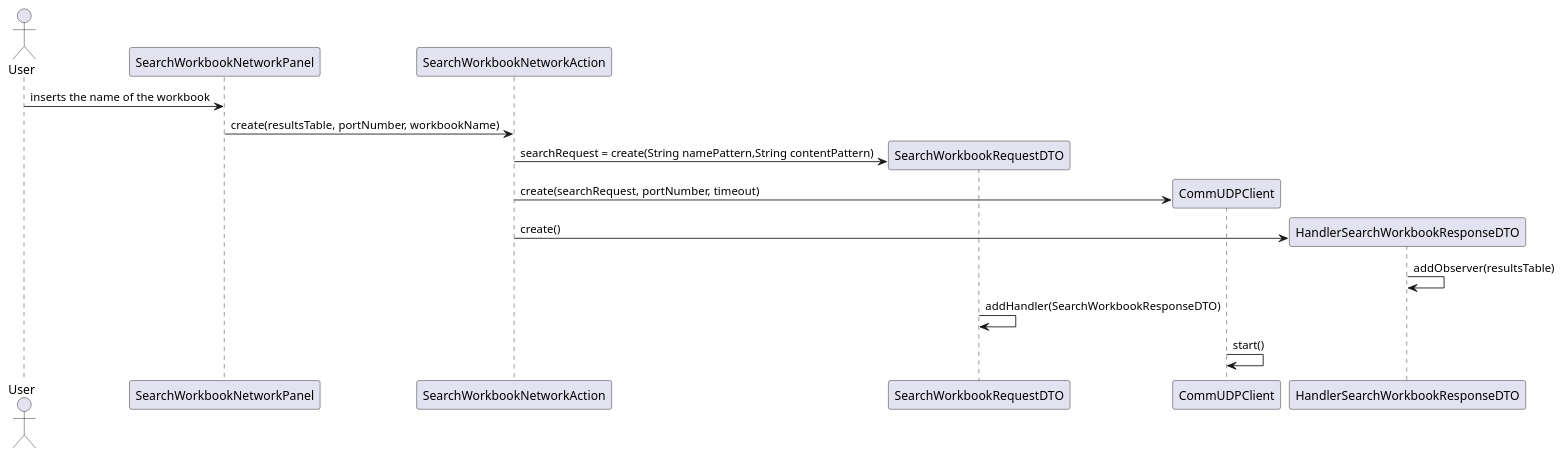
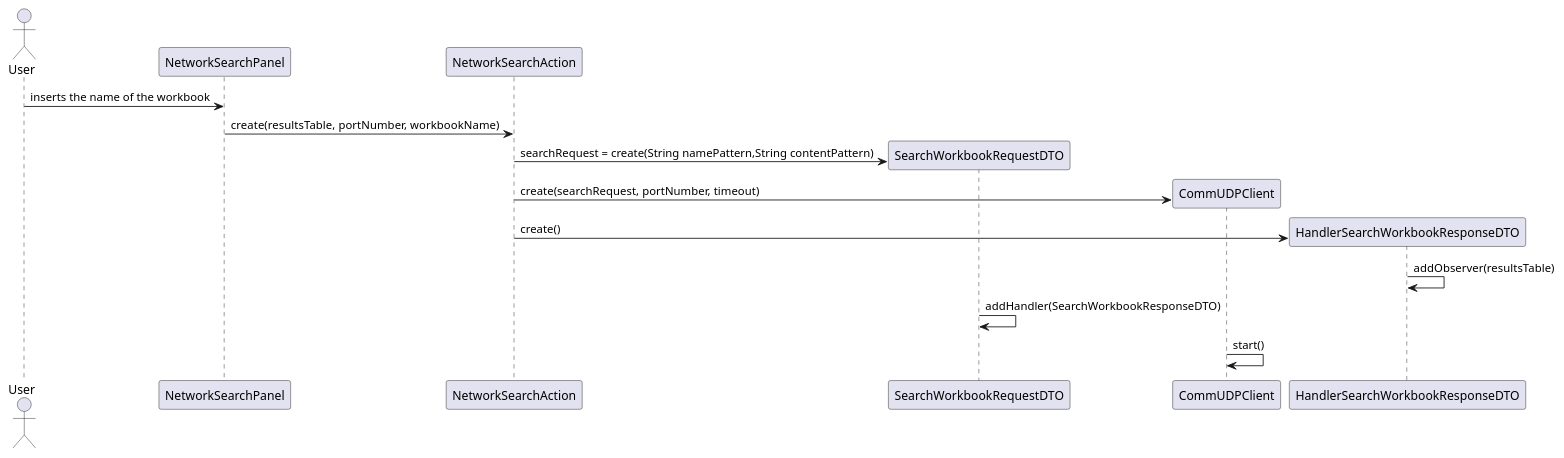
Before and after one commit to MikeTekOn/lapr4-2017-2dd: the diagram in src/main/java/lapr4/red/s3/ipc/n1150613/NetworkSearchByFile/ipc03_3_design1.puml, drawn with PlantUML. The commit also changed 1 other file, not shown here.

```diff
--- a/src/main/java/lapr4/red/s3/ipc/n1150613/NetworkSearchByFile/ipc03_3_design1.puml
+++ b/src/main/java/lapr4/red/s3/ipc/n1150613/NetworkSearchByFile/ipc03_3_design1.puml
@@ -1,24 +1,24 @@
 @startuml ipc03_2_design1.png
 skinparam packageStyle rect
 skinparam defaultFontName FG Virgil
 skinparam shadowing false
 
 actor User 
-participant "SearchWorkbookNetworkPanel" as panel
-participant "SearchWorkbookNetworkAction" as action
+participant "NetworkSearchPanel" as panel
+participant "NetworkSearchAction" as action
 participant "SearchWorkbookRequestDTO" as reqDTO
 participant "CommUDPClient" as udpClient
 participant "HandlerSearchWorkbookResponseDTO" as handlerResponse
 
 User -> panel : inserts the name of the workbook
 panel -> action : create(resultsTable, portNumber, workbookName)
 create reqDTO
 action -> reqDTO : searchRequest = create(String namePattern,String contentPattern)
 create udpClient
 action -> udpClient : create(searchRequest, portNumber, timeout)
 create handlerResponse
 action -> handlerResponse : create()
 handlerResponse -> handlerResponse : addObserver(resultsTable)
 reqDTO -> reqDTO : addHandler(SearchWorkbookResponseDTO)
 udpClient -> udpClient : start()
 @enduml
```
